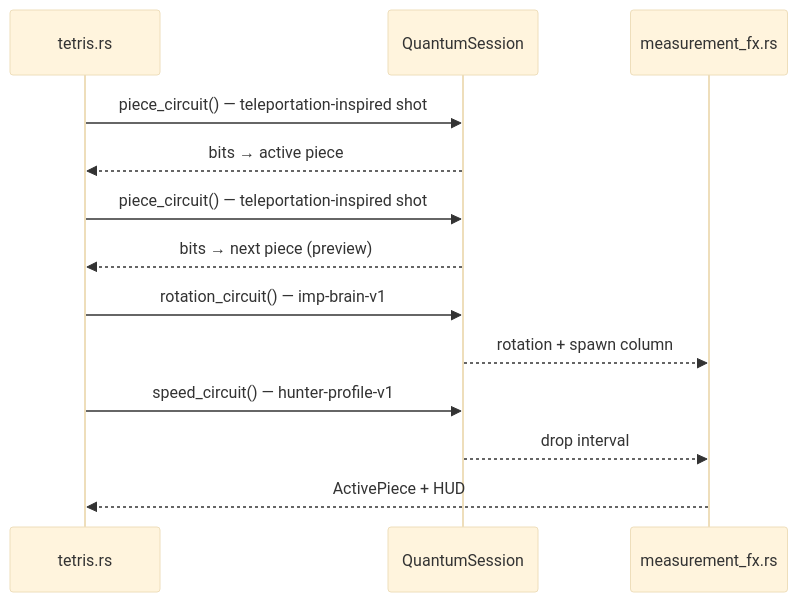
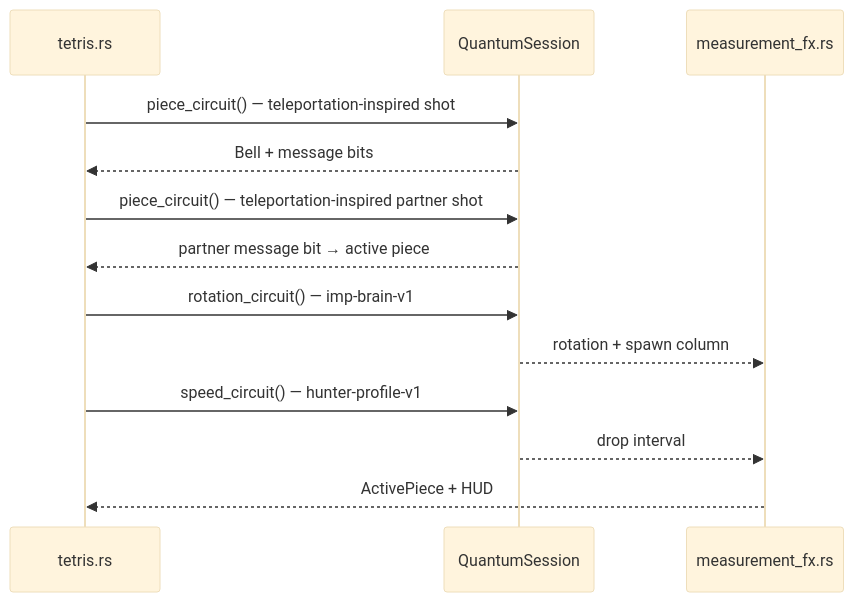
Before and after one commit to thepriben/quantum-tetris: the second of 2 diagrams in README.md, drawn with Mermaid (base theme). The commit also changed other lines of this file and 10 other files, not shown here.

Commit message:
Remove desynced next preview

````diff
--- a/README.md
+++ b/README.md
@@ -138,16 +136,16 @@
 ```mermaid
 sequenceDiagram
   participant T as tetris.rs
   participant Q as QuantumSession
   participant M as measurement_fx.rs
 
   T->>Q: piece_circuit() — teleportation-inspired shot #1
-  Q-->>T: bits → active piece
-  T->>Q: piece_circuit() — teleportation-inspired shot #2
-  Q-->>T: bits → next piece (preview)
+  Q-->>T: Bell + message bits
+  T->>Q: piece_circuit() — teleportation-inspired partner shot
+  Q-->>T: partner message bit → active piece
   T->>Q: rotation_circuit() — imp-brain-v1
   Q-->>M: rotation + spawn column
   T->>Q: speed_circuit() — hunter-profile-v1
   Q-->>M: drop interval
   M-->>T: ActivePiece + HUD
 ```
````
